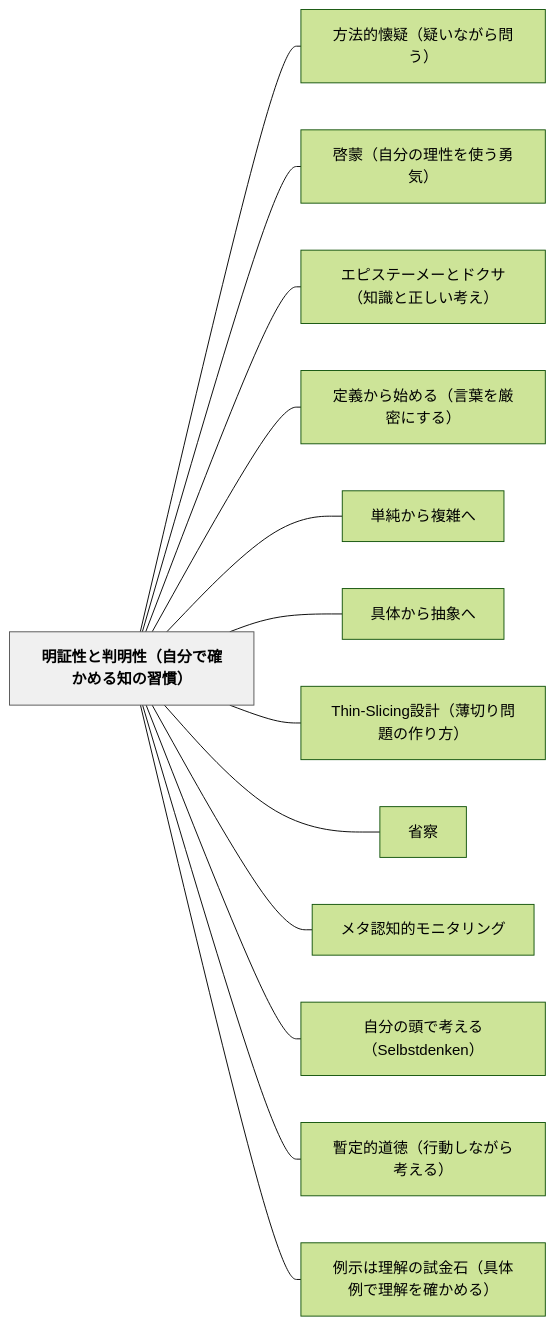
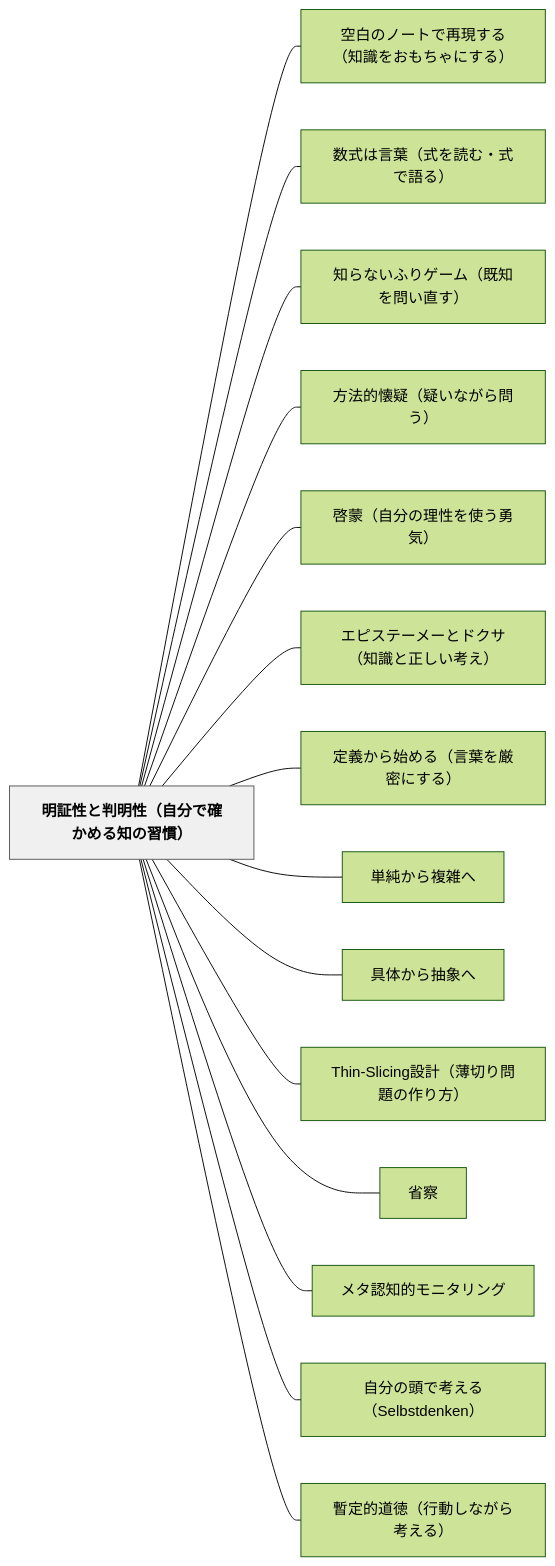
The diagram in content/パタン/明証性と判明性（自分で確かめる知の習慣）.md (unknownthings-ed-patterns/unknownthings-ed-patterns), drawn with Mermaid (forest theme) before and after one commit. The commit also changed other lines of this file and 185 other files, not shown here.

````diff
--- a/content/パタン/明証性と判明性（自分で確かめる知の習慣）.md
+++ b/content/パタン/明証性と判明性（自分で確かめる知の習慣）.md
@@ -160,32 +163,36 @@
 ```mermaid
 flowchart LR
     ne6988ee8a8bce680a7e381a8e588a4e6988ee680a7efbc88e887aae58886e381a7e7a2bae3818be38281e3828be79fa5e381aee7bf92e685a3efbc89["明証性と判明性（自分で確かめる知の習慣）"]
+    ne7a9bae799bde381aee3838ee383bce38388e381a7e5868de78fbee38199e3828befbc88e79fa5e8ad98e38292e3818ae38282e381a1e38283e381abe38199e3828befbc89["空白のノートで再現する（知識をおもちゃにする）"]
+    ne695b0e5bc8fe381afe8a880e89189efbc88e5bc8fe38292e8aaade38280e383bbe5bc8fe381a7e8aa9ee3828befbc89["数式は言葉（式を読む・式で語る）"]
+    ne79fa5e38289e381aae38184e381b5e3828ae382b2e383bce383a0efbc88e697a2e79fa5e38292e5958fe38184e79bb4e38199efbc89["知らないふりゲーム（既知を問い直す）"]
     ne696b9e6b395e79a84e68790e79691efbc88e79691e38184e381aae3818ce38289e5958fe38186efbc89["方法的懐疑（疑いながら問う）"]
     ne59593e89299efbc88e887aae58886e381aee79086e680a7e38292e4bdbfe38186e58b87e6b097efbc89["啓蒙（自分の理性を使う勇気）"]
     ne382a8e38394e382b9e38386e383bce383a1e383bce381a8e38389e382afe382b5efbc88e79fa5e8ad98e381a8e6ada3e38197e38184e88083e38188efbc89["エピステーメーとドクサ（知識と正しい考え）"]
     ne5ae9ae7bea9e3818be38289e5a78be38281e3828befbc88e8a880e89189e38292e58eb3e5af86e381abe38199e3828befbc89["定義から始める（言葉を厳密にする）"]
     ne58d98e7b494e3818be38289e8a487e99b91e381b8["単純から複雑へ"]
     ne585b7e4bd93e3818be38289e68abde8b1a1e381b8["具体から抽象へ"]
     n5468696e2d536c6963696e67e8a8ade8a888efbc88e89684e58887e3828ae5958fe9a18ce381aee4bd9ce3828ae696b9efbc89["Thin-Slicing設計（薄切り問題の作り方）"]
     ne79c81e5af9f["省察"]
     ne383a1e382bfe8aa8de79fa5e79a84e383a2e3838be382bfe383aae383b3e382b0["メタ認知的モニタリング"]
     ne887aae58886e381aee9a0ade381a7e88083e38188e3828befbc8853656c62737464656e6b656eefbc89["自分の頭で考える（Selbstdenken）"]
     ne69aabe5ae9ae79a84e98193e5beb3efbc88e8a18ce58b95e38197e381aae3818ce38289e88083e38188e3828befbc89["暫定的道徳（行動しながら考える）"]
-    ne4be8be7a4bae381afe79086e8a7a3e381aee8a9a6e98791e79fb3efbc88e585b7e4bd93e4be8be381a7e79086e8a7a3e38292e7a2bae3818be38281e3828befbc89["例示は理解の試金石（具体例で理解を確かめる）"]
 
+    ne6988ee8a8bce680a7e381a8e588a4e6988ee680a7efbc88e887aae58886e381a7e7a2bae3818be38281e3828be79fa5e381aee7bf92e685a3efbc89 --- ne7a9bae799bde381aee3838ee383bce38388e381a7e5868de78fbee38199e3828befbc88e79fa5e8ad98e38292e3818ae38282e381a1e38283e381abe38199e3828befbc89
+    ne6988ee8a8bce680a7e381a8e588a4e6988ee680a7efbc88e887aae58886e381a7e7a2bae3818be38281e3828be79fa5e381aee7bf92e685a3efbc89 --- ne695b0e5bc8fe381afe8a880e89189efbc88e5bc8fe38292e8aaade38280e383bbe5bc8fe381a7e8aa9ee3828befbc89
+    ne6988ee8a8bce680a7e381a8e588a4e6988ee680a7efbc88e887aae58886e381a7e7a2bae3818be38281e3828be79fa5e381aee7bf92e685a3efbc89 --- ne79fa5e38289e381aae38184e381b5e3828ae382b2e383bce383a0efbc88e697a2e79fa5e38292e5958fe38184e79bb4e38199efbc89
     ne6988ee8a8bce680a7e381a8e588a4e6988ee680a7efbc88e887aae58886e381a7e7a2bae3818be38281e3828be79fa5e381aee7bf92e685a3efbc89 --- ne696b9e6b395e79a84e68790e79691efbc88e79691e38184e381aae3818ce38289e5958fe38186efbc89
     ne6988ee8a8bce680a7e381a8e588a4e6988ee680a7efbc88e887aae58886e381a7e7a2bae3818be38281e3828be79fa5e381aee7bf92e685a3efbc89 --- ne59593e89299efbc88e887aae58886e381aee79086e680a7e38292e4bdbfe38186e58b87e6b097efbc89
     ne6988ee8a8bce680a7e381a8e588a4e6988ee680a7efbc88e887aae58886e381a7e7a2bae3818be38281e3828be79fa5e381aee7bf92e685a3efbc89 --- ne382a8e38394e382b9e38386e383bce383a1e383bce381a8e38389e382afe382b5efbc88e79fa5e8ad98e381a8e6ada3e38197e38184e88083e38188efbc89
     ne6988ee8a8bce680a7e381a8e588a4e6988ee680a7efbc88e887aae58886e381a7e7a2bae3818be38281e3828be79fa5e381aee7bf92e685a3efbc89 --- ne5ae9ae7bea9e3818be38289e5a78be38281e3828befbc88e8a880e89189e38292e58eb3e5af86e381abe38199e3828befbc89
     ne6988ee8a8bce680a7e381a8e588a4e6988ee680a7efbc88e887aae58886e381a7e7a2bae3818be38281e3828be79fa5e381aee7bf92e685a3efbc89 --- ne58d98e7b494e3818be38289e8a487e99b91e381b8
     ne6988ee8a8bce680a7e381a8e588a4e6988ee680a7efbc88e887aae58886e381a7e7a2bae3818be38281e3828be79fa5e381aee7bf92e685a3efbc89 --- ne585b7e4bd93e3818be38289e68abde8b1a1e381b8
     ne6988ee8a8bce680a7e381a8e588a4e6988ee680a7efbc88e887aae58886e381a7e7a2bae3818be38281e3828be79fa5e381aee7bf92e685a3efbc89 --- n5468696e2d536c6963696e67e8a8ade8a888efbc88e89684e58887e3828ae5958fe9a18ce381aee4bd9ce3828ae696b9efbc89
     ne6988ee8a8bce680a7e381a8e588a4e6988ee680a7efbc88e887aae58886e381a7e7a2bae3818be38281e3828be79fa5e381aee7bf92e685a3efbc89 --- ne79c81e5af9f
     ne6988ee8a8bce680a7e381a8e588a4e6988ee680a7efbc88e887aae58886e381a7e7a2bae3818be38281e3828be79fa5e381aee7bf92e685a3efbc89 --- ne383a1e382bfe8aa8de79fa5e79a84e383a2e3838be382bfe383aae383b3e382b0
     ne6988ee8a8bce680a7e381a8e588a4e6988ee680a7efbc88e887aae58886e381a7e7a2bae3818be38281e3828be79fa5e381aee7bf92e685a3efbc89 --- ne887aae58886e381aee9a0ade381a7e88083e38188e3828befbc8853656c62737464656e6b656eefbc89
     ne6988ee8a8bce680a7e381a8e588a4e6988ee680a7efbc88e887aae58886e381a7e7a2bae3818be38281e3828be79fa5e381aee7bf92e685a3efbc89 --- ne69aabe5ae9ae79a84e98193e5beb3efbc88e8a18ce58b95e38197e381aae3818ce38289e88083e38188e3828befbc89
-    ne6988ee8a8bce680a7e381a8e588a4e6988ee680a7efbc88e887aae58886e381a7e7a2bae3818be38281e3828be79fa5e381aee7bf92e685a3efbc89 --- ne4be8be7a4bae381afe79086e8a7a3e381aee8a9a6e98791e79fb3efbc88e585b7e4bd93e4be8be381a7e79086e8a7a3e38292e7a2bae3818be38281e3828befbc89
 
     classDef hub fill:#f0f0f0,stroke:#555,color:#000,font-weight:bold
     class ne6988ee8a8bce680a7e381a8e588a4e6988ee680a7efbc88e887aae58886e381a7e7a2bae3818be38281e3828be79fa5e381aee7bf92e685a3efbc89 hub
 ```
````
